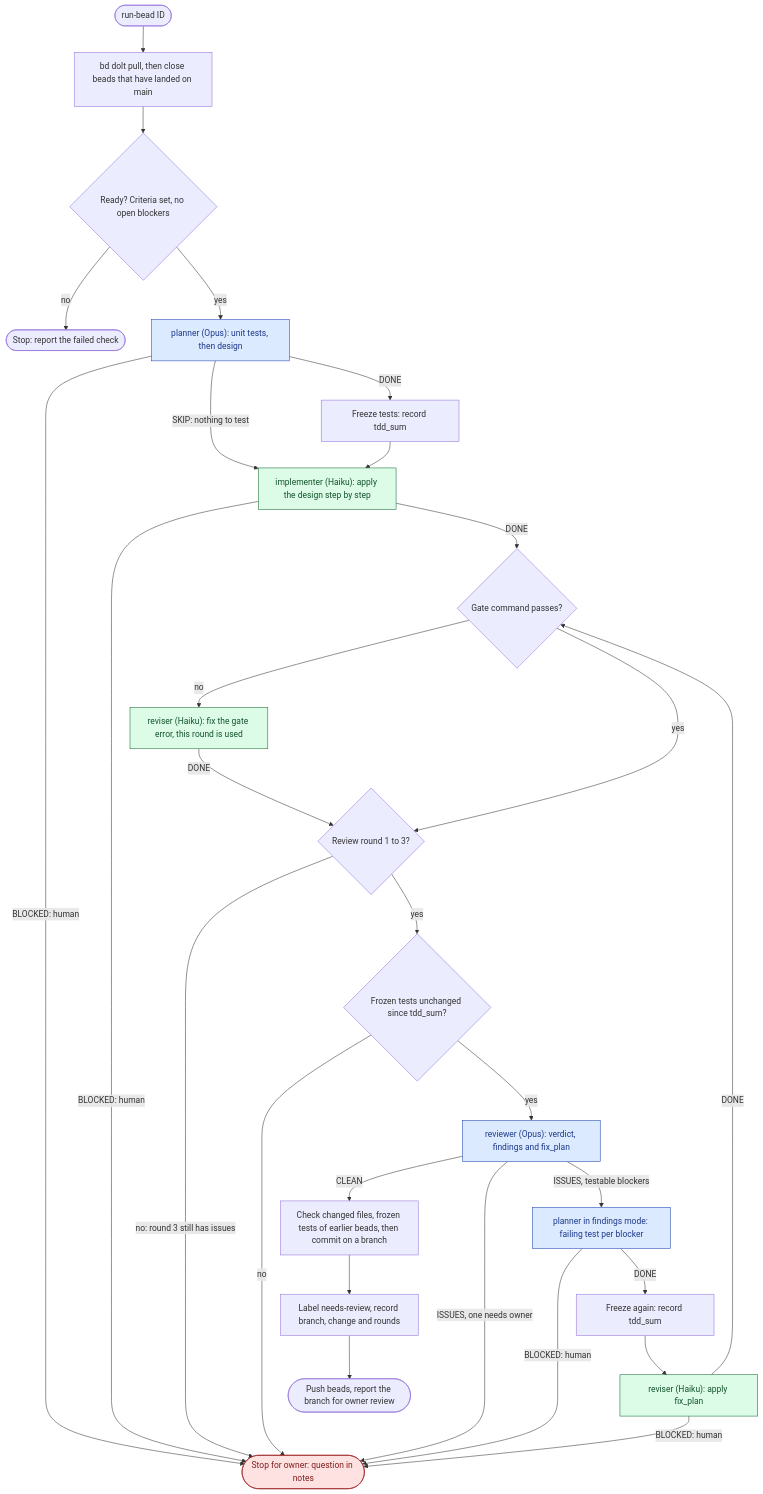
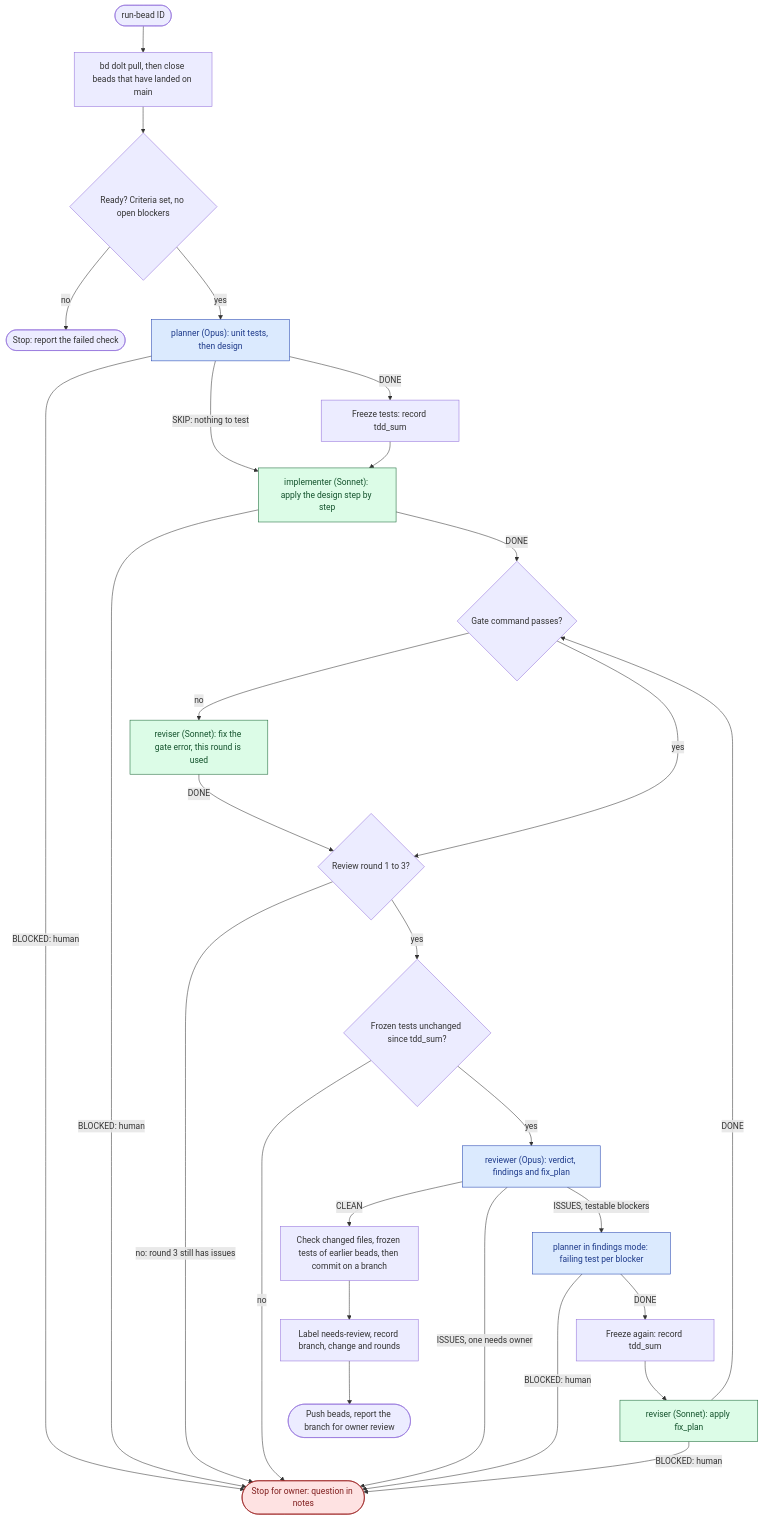
Before and after one commit to muzomer/plugins: the diagram in plugins/beads-workflow/README.md, drawn with Mermaid. The commit also changed other lines of this file and 8 other files, not shown here.

````diff
--- a/plugins/beads-workflow/README.md
+++ b/plugins/beads-workflow/README.md
@@ -37,42 +37,42 @@
 ```mermaid
 flowchart TD
     start(["run-bead ID"]) --> sync["bd dolt pull, then close beads that have landed on main"]
     sync --> pre{"Ready? Criteria set, no open blockers"}
     pre -- "no" --> stopPre(["Stop: report the failed check"])
     pre -- "yes" --> planner["planner (Opus): unit tests, then design"]
 
     planner -- "BLOCKED: human" --> human(["Stop for owner: question in notes"])
     planner -- "SKIP: nothing to test" --> impl
     planner -- "DONE" --> freeze1["Freeze tests: record tdd_sum"]
-    freeze1 --> impl["implementer (Haiku): apply the design step by step"]
+    freeze1 --> impl["implementer (Sonnet): apply the design step by step"]
 
     impl -- "BLOCKED: human" --> human
     impl -- "DONE" --> gate{"Gate command passes?"}
-    gate -- "no" --> gateFix["reviser (Haiku): fix the gate error, this round is used"]
+    gate -- "no" --> gateFix["reviser (Sonnet): fix the gate error, this round is used"]
     gateFix -- "DONE" --> round
     gate -- "yes" --> round{"Review round 1 to 3?"}
 
     round -- "no: round 3 still has issues" --> human
     round -- "yes" --> tamper{"Frozen tests unchanged since tdd_sum?"}
     tamper -- "no" --> human
     tamper -- "yes" --> reviewer["reviewer (Opus): verdict, findings and fix_plan"]
 
     reviewer -- "CLEAN" --> commit
     reviewer -- "ISSUES, one needs owner" --> human
     reviewer -- "ISSUES, testable blockers" --> planner2["planner in findings mode: failing test per blocker"]
     planner2 -- "BLOCKED: human" --> human
     planner2 -- "DONE" --> freeze2["Freeze again: record tdd_sum"]
-    freeze2 --> reviser["reviser (Haiku): apply fix_plan"]
+    freeze2 --> reviser["reviser (Sonnet): apply fix_plan"]
     reviser -- "BLOCKED: human" --> human
     reviser -- "DONE" --> gate
 
     commit["Check changed files, frozen tests of earlier beads, then commit on a branch"] --> label["Label needs-review, record branch, change and rounds"]
     label --> report(["Push beads, report the branch for owner review"])
 
     classDef opus fill:#dbeafe,stroke:#1e40af,color:#1e3a8a
-    classDef haiku fill:#dcfce7,stroke:#166534,color:#14532d
+    classDef sonnet fill:#dcfce7,stroke:#166534,color:#14532d
     classDef owner fill:#fee2e2,stroke:#991b1b,color:#7f1d1d
     class planner,planner2,reviewer opus
-    class impl,gateFix,reviser haiku
+    class impl,gateFix,reviser sonnet
     class human owner
 ```
````
